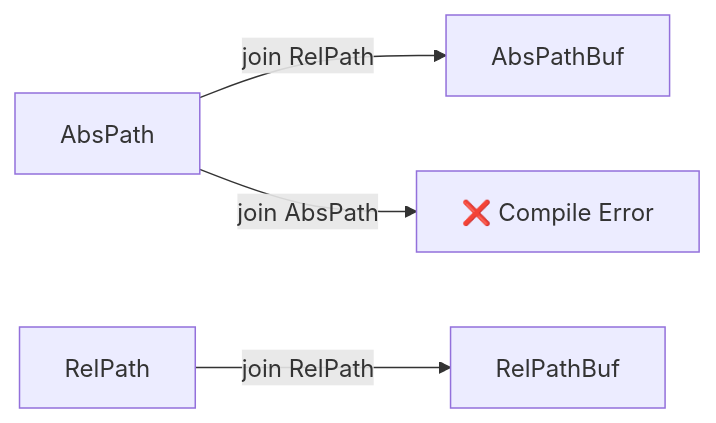
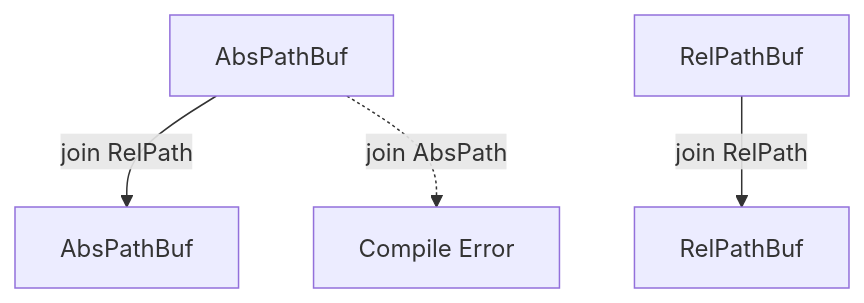
One commit to fbinkert/relabs changed the diagram in README.md. Above: the diagram before and after it, drawn with Mermaid. The commit also changed other lines of this file, not shown here.

````diff
--- a/README.md
+++ b/README.md
@@ -91,6 +100,6 @@
 ```mermaid
-graph LR
-    A[AbsPath] -- join RelPath --> B[AbsPathBuf]
-    C[RelPath] -- join RelPath --> D[RelPathBuf]
-    A -- join AbsPath --> X[❌ Compile Error]
+graph TD
+    A[AbsPathBuf] -->|join RelPath| B[AbsPathBuf]
+    C[RelPathBuf] -->|join RelPath| D[RelPathBuf]
+    A -.->|join AbsPath| X[Compile Error]
 ```
````
